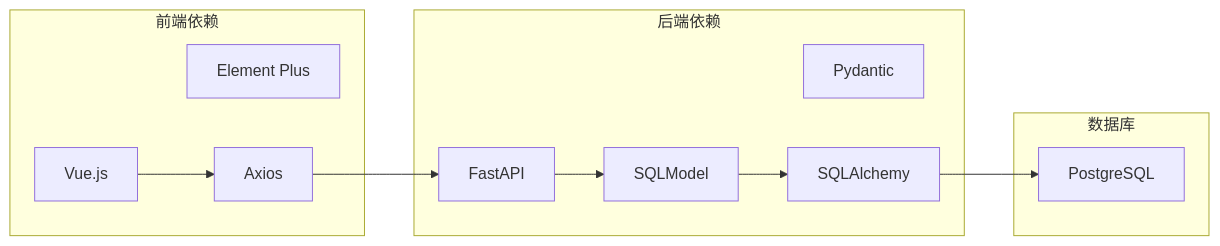
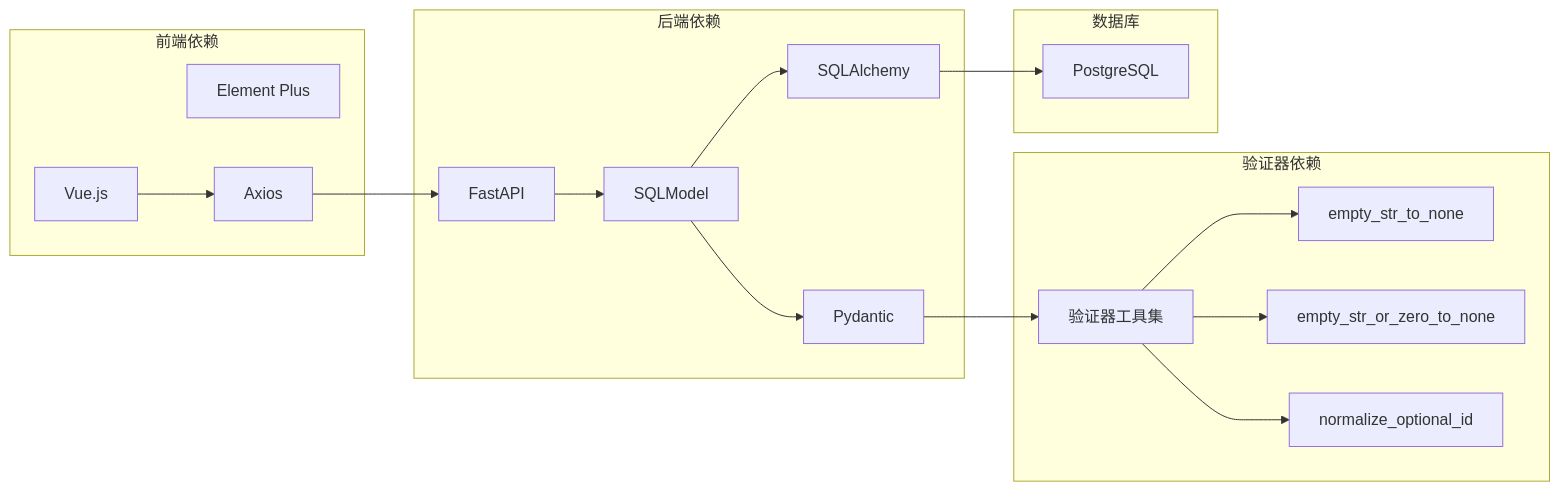
One commit to taoweidong/Hello-FastApi changed the fifth of 6 diagrams in .qoder/repowiki/zh/content/Department Management.md. Above: the diagram before and after it, drawn with Mermaid. The commit also changed other lines of this file and 71 other files, not shown here.

````diff
--- a/.qoder/repowiki/zh/content/Department Management.md
+++ b/.qoder/repowiki/zh/content/Department Management.md
@@ -275,22 +318,33 @@
 ```mermaid
 graph LR
 subgraph "前端依赖"
 Vue[Vue.js]
 ElementPlus[Element Plus]
 Axios[Axios]
 end
 subgraph "后端依赖"
 FastAPI[FastAPI]
 SQLModel[SQLModel]
 Pydantic[Pydantic]
 SQLAlchemy[SQLAlchemy]
 end
+subgraph "验证器依赖"
+Validators[验证器工具集]
+EmptyStrToNone[empty_str_to_none]
+EmptyOrZeroToNone[empty_str_or_zero_to_none]
+NormalizeOptionalId[normalize_optional_id]
+end
 subgraph "数据库"
 PostgreSQL[PostgreSQL]
 end
 Vue --> Axios
 Axios --> FastAPI
 FastAPI --> SQLModel
+SQLModel --> Pydantic
+Pydantic --> Validators
+Validators --> EmptyStrToNone
+Validators --> EmptyOrZeroToNone
+Validators --> NormalizeOptionalId
 SQLModel --> SQLAlchemy
 SQLAlchemy --> PostgreSQL
 ```
````
